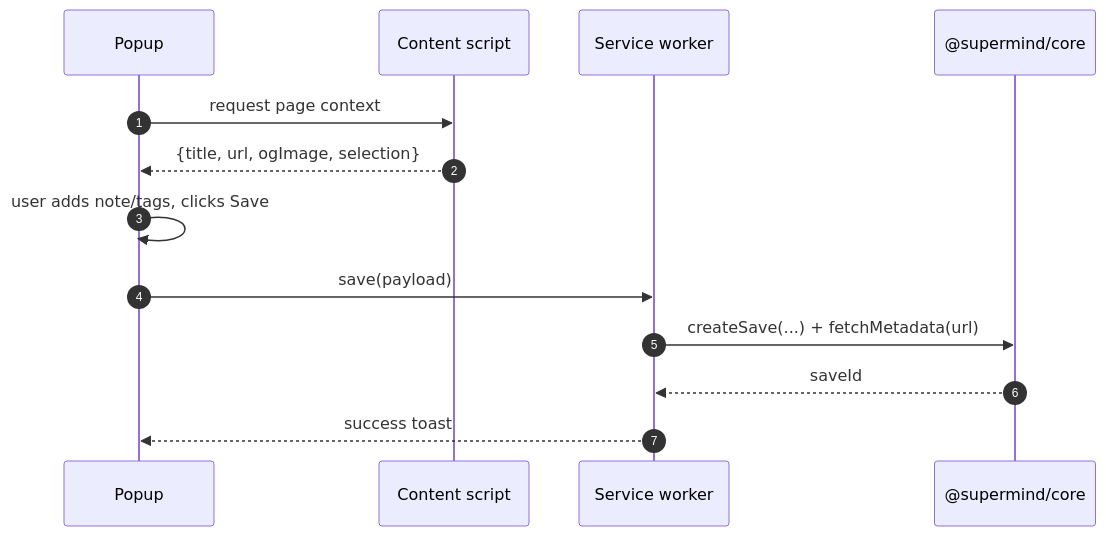
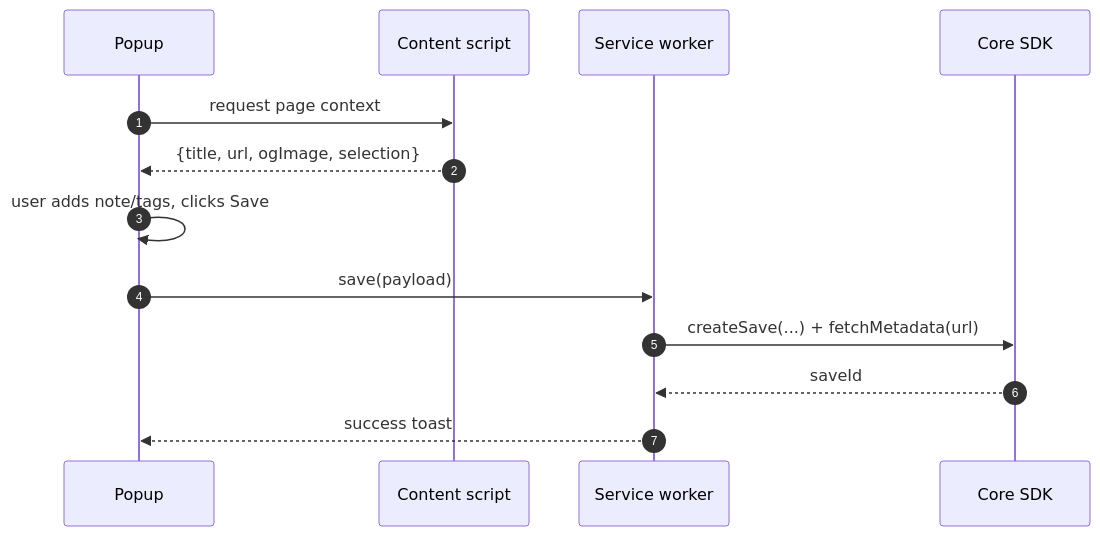
Before and after one commit to ThePlator/solid-spoon: the third of 6 diagrams in docs/LLD.md, drawn with Mermaid. The commit also changed other lines of this file and 1 other file, not shown here.

````diff
--- a/docs/LLD.md
+++ b/docs/LLD.md
@@ -232,15 +232,15 @@
 ```mermaid
 sequenceDiagram
     autonumber
     participant P as Popup
     participant CS as Content script
     participant BG as Service worker
-    participant Core as @supermind/core
+    participant Core as Core SDK
     P->>CS: request page context
     CS-->>P: {title, url, ogImage, selection}
     P->>P: user adds note/tags, clicks Save
     P->>BG: save(payload)
     BG->>Core: createSave(...) + fetchMetadata(url)
     Core-->>BG: saveId
     BG-->>P: success toast
 ```
````
